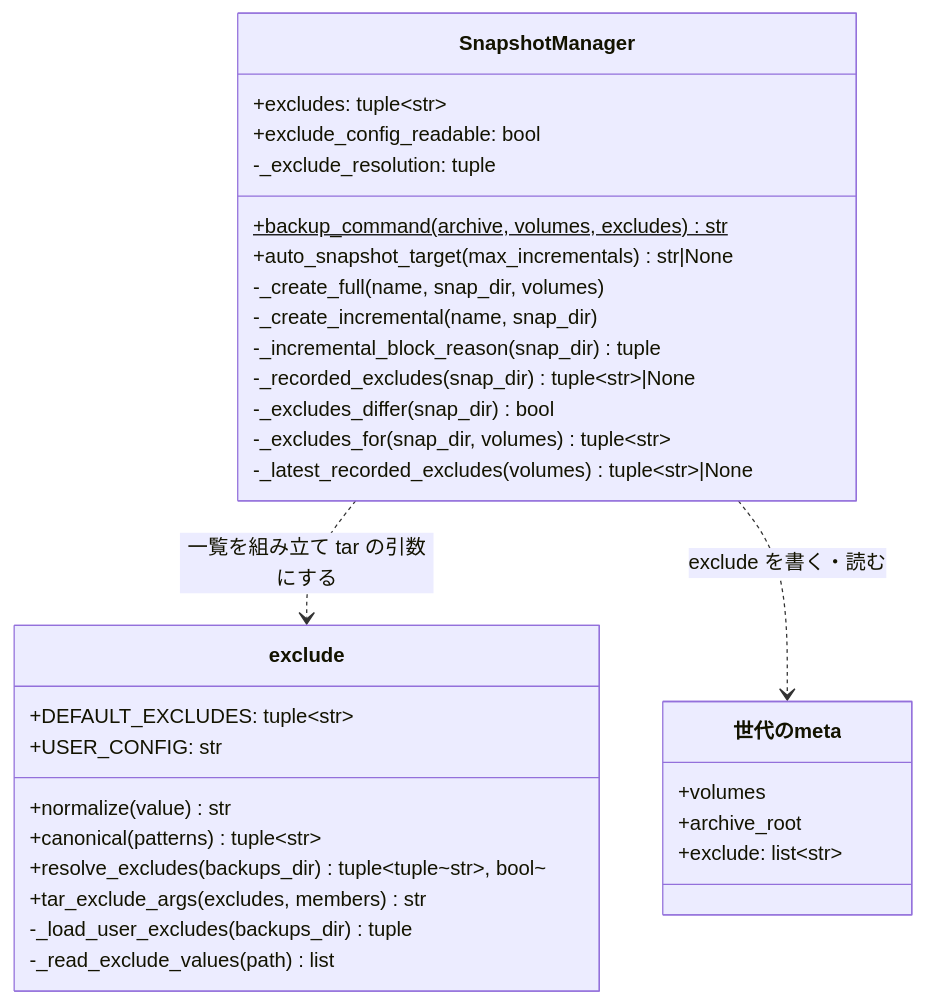
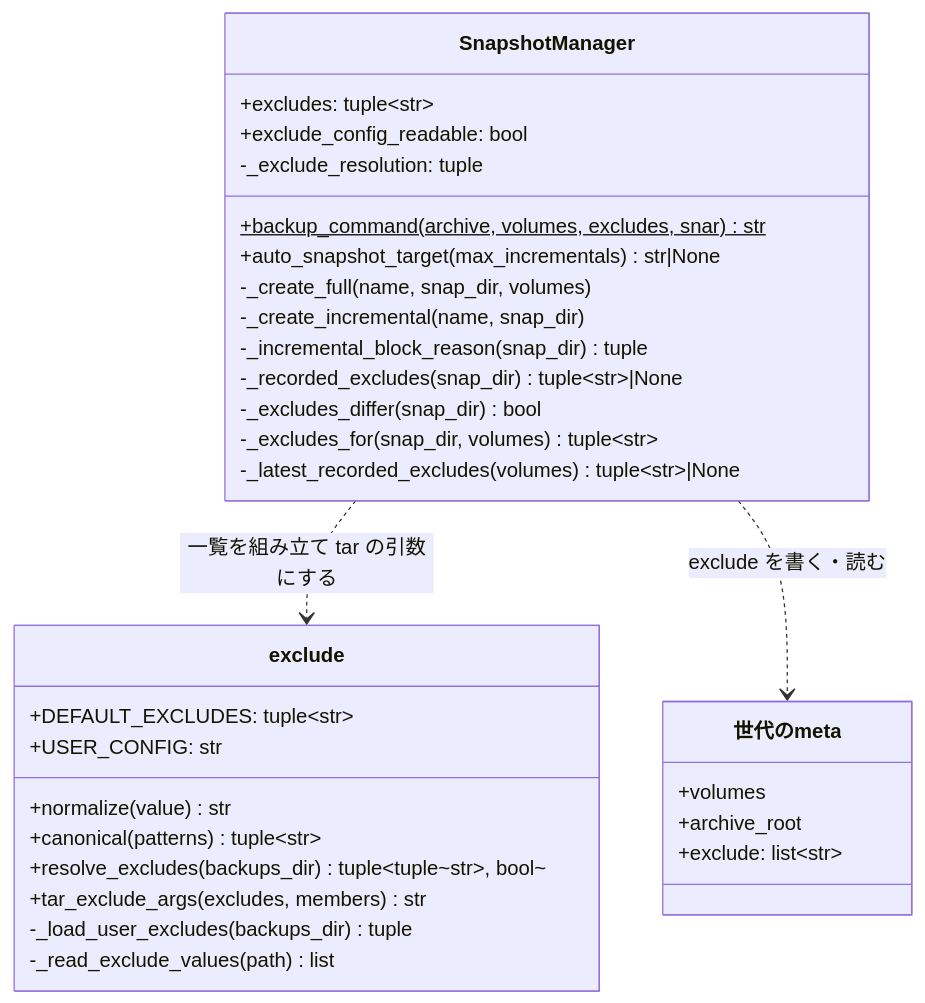
Before and after one commit to devbasex/devbase: the diagram in docs/specifications/snapshot-exclude.md, drawn with Mermaid. The commit also changed other lines of this file and 1 other file, not shown here.

Commit message:
docs(snapshot): 確定仕様の backup_command の引数と構成要素に世代の作り直しを足す (#458)

````diff
--- a/docs/specifications/snapshot-exclude.md
+++ b/docs/specifications/snapshot-exclude.md
@@ -56,34 +56,34 @@
 ```mermaid
 classDiagram
     class SnapshotManager {
         +excludes: tuple~str~
         +exclude_config_readable: bool
-        +backup_command(archive, volumes, excludes)$ str
+        +backup_command(archive, volumes, excludes, snar)$ str
         +auto_snapshot_target(max_incrementals) str|None
         -_exclude_resolution: tuple
         -_create_full(name, snap_dir, volumes)
         -_create_incremental(name, snap_dir)
         -_incremental_block_reason(snap_dir) tuple
         -_recorded_excludes(snap_dir) tuple~str~|None
         -_excludes_differ(snap_dir) bool
         -_excludes_for(snap_dir, volumes) tuple~str~
         -_latest_recorded_excludes(volumes) tuple~str~|None
     }
     class exclude {
         +DEFAULT_EXCLUDES: tuple~str~
         +USER_CONFIG: str
         +normalize(value) str
         +canonical(patterns) tuple~str~
         +resolve_excludes(backups_dir) tuple~tuple~str~, bool~
         +tar_exclude_args(excludes, members) str
         -_load_user_excludes(backups_dir) tuple
         -_read_exclude_values(path) list
     }
     class 世代のmeta {
         +volumes
         +archive_root
         +exclude: list~str~
     }
     SnapshotManager ..> exclude : 一覧を組み立て tar の引数にする
     SnapshotManager ..> 世代のmeta : exclude を書く・読む
 ```
````
